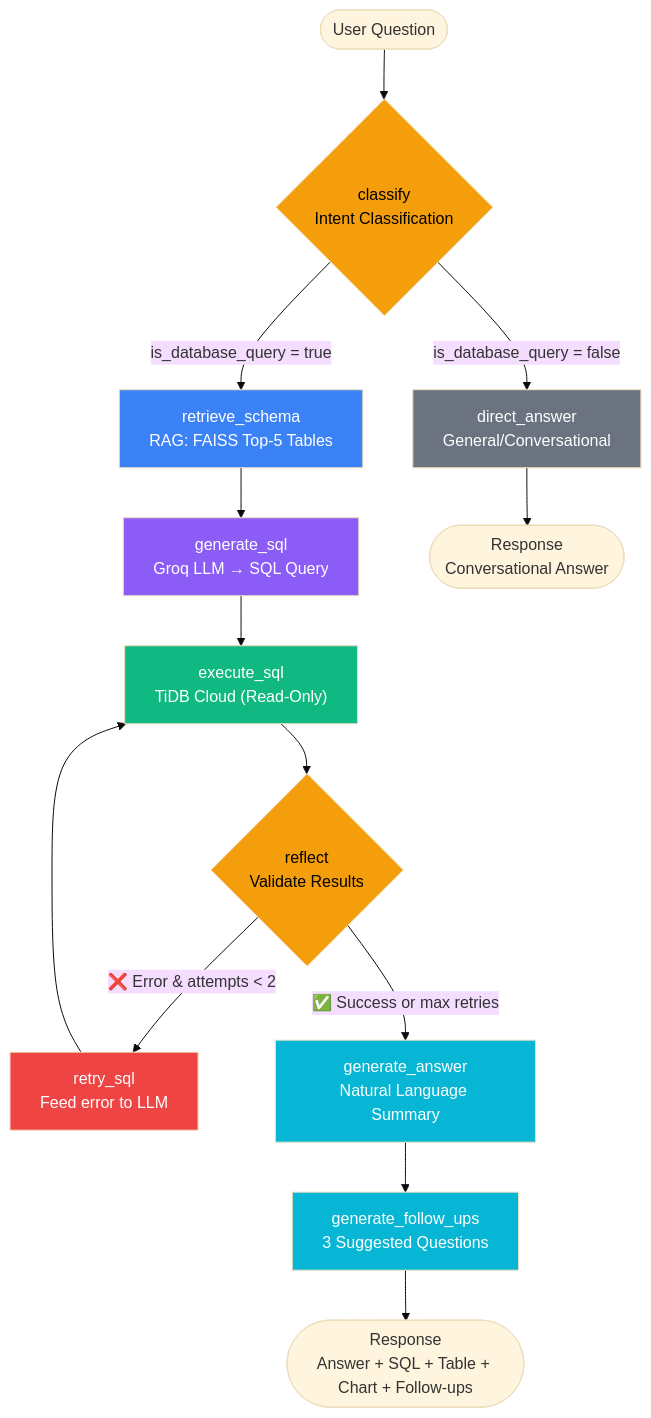
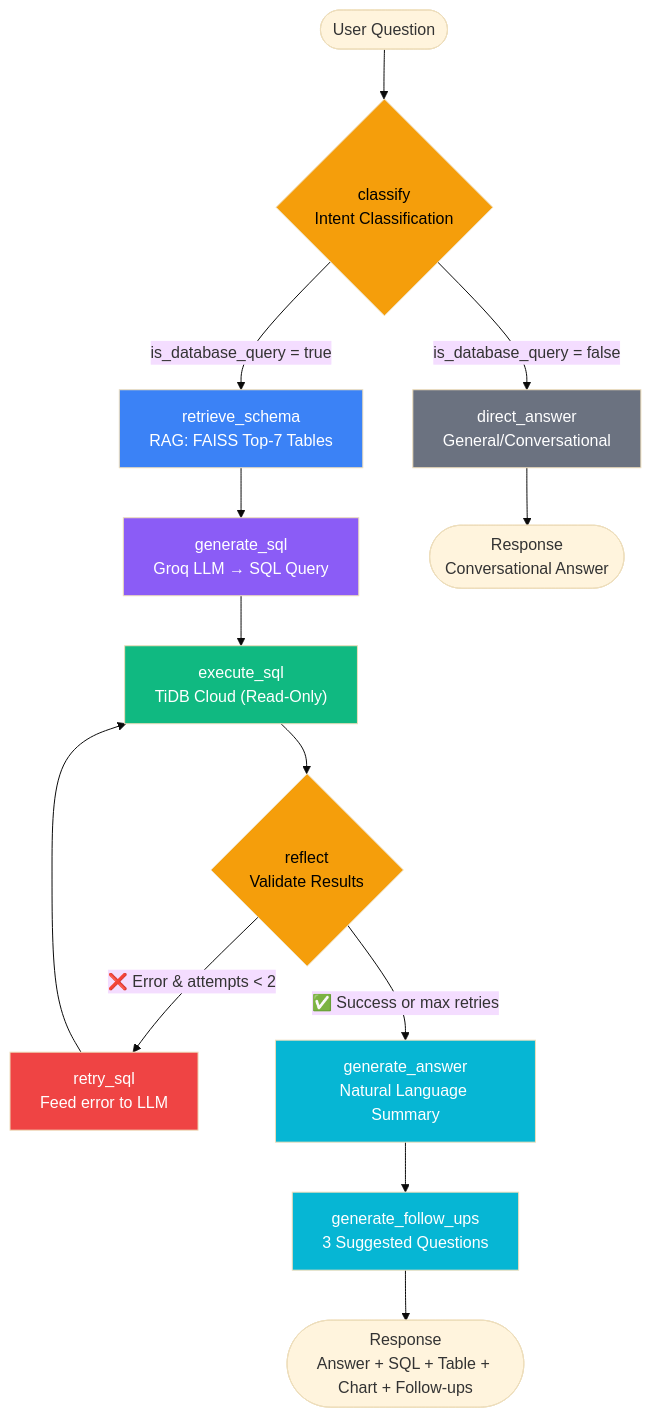
Before and after one commit to Venkateswara-Sahu/AI_Powered_Text-to-SQL_RAG_Chatbot: the second of 6 diagrams in REPORT.md, drawn with Mermaid (base theme). The commit also changed other lines of this file and 5 other files, not shown here.

````diff
--- a/REPORT.md
+++ b/REPORT.md
@@ -170,30 +171,30 @@
 ```mermaid
 flowchart TD
     START(["User Question"]) --> classify{"classify<br/>Intent Classification"}
 
-    classify -->|"is_database_query = true"| retrieve_schema["retrieve_schema<br/>RAG: FAISS Top-5 Tables"]
+    classify -->|"is_database_query = true"| retrieve_schema["retrieve_schema<br/>RAG: FAISS Top-7 Tables"]
     classify -->|"is_database_query = false"| direct_answer["direct_answer<br/>General/Conversational"]
 
     retrieve_schema --> generate_sql["generate_sql<br/>Groq LLM → SQL Query"]
     generate_sql --> execute_sql["execute_sql<br/>TiDB Cloud (Read-Only)"]
     execute_sql --> reflect{"reflect<br/>Validate Results"}
 
     reflect -->|"❌ Error & attempts < 2"| retry_sql["retry_sql<br/>Feed error to LLM"]
     reflect -->|"✅ Success or max retries"| generate_answer["generate_answer<br/>Natural Language Summary"]
 
     retry_sql --> execute_sql
 
     generate_answer --> generate_follow_ups["generate_follow_ups<br/>3 Suggested Questions"]
     generate_follow_ups --> END_DB(["Response<br/>Answer + SQL + Table + Chart + Follow-ups"])
     direct_answer --> END_CONV(["Response<br/>Conversational Answer"])
 
     style classify fill:#f59e0b,color:#000
     style reflect fill:#f59e0b,color:#000
     style retrieve_schema fill:#3b82f6,color:#fff
     style generate_sql fill:#8b5cf6,color:#fff
     style execute_sql fill:#10b981,color:#fff
     style retry_sql fill:#ef4444,color:#fff
     style generate_answer fill:#06b6d4,color:#fff
     style generate_follow_ups fill:#06b6d4,color:#fff
     style direct_answer fill:#6b7280,color:#fff
 ```
````
